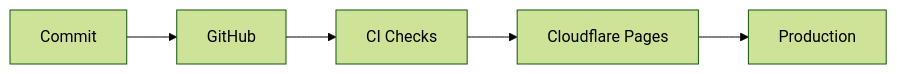
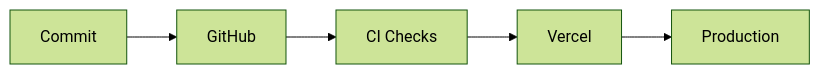
Before and after one commit to Rhine-Solution/rhineofficialsite: the third of 3 diagrams in roadmap.mmd, drawn with Mermaid (forest theme). The commit also changed other lines of this file and 21 other files, not shown here.

````diff
--- a/roadmap.mmd
+++ b/roadmap.mmd
@@ -223,7 +223,7 @@
 ```mermaid
 flowchart LR
     A[Commit] --> B[GitHub]
     B --> C[CI Checks]
-    C --> D[Cloudflare Pages]
+    C --> D[Vercel]
     D --> E[Production]
 ```
````
